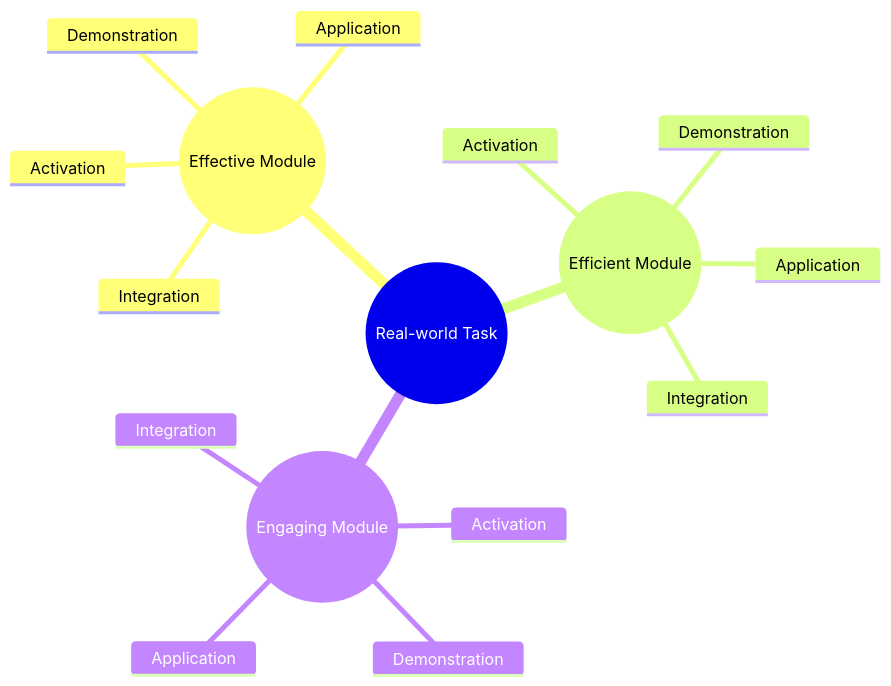
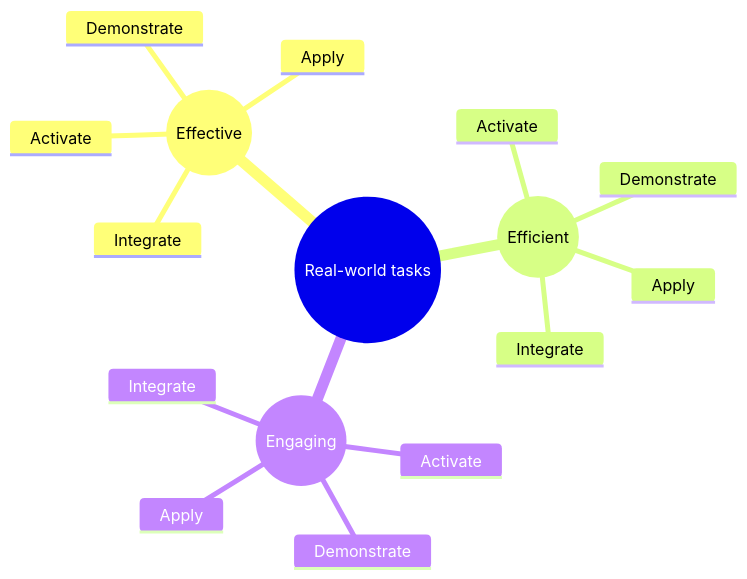
Before and after one commit to whitelunarium/pages_fork: the sixth of 6 diagrams in _posts/Foundation/A-agile_classroom/2025-08-16-agile_design_thinking.md, drawn with Mermaid. The commit also changed other lines of this file and 1 other file, not shown here.

````diff
--- a/_posts/Foundation/A-agile_classroom/2025-08-16-agile_design_thinking.md
+++ b/_posts/Foundation/A-agile_classroom/2025-08-16-agile_design_thinking.md
@@ -278,19 +333,19 @@
 ```mermaid
 mindmap
-  root((Real-world Task))
-    Module1((Effective Module))
-      Activation
-      Demonstration
-      Application
-      Integration
-    Module2((Efficient Module))
-      Activation
-      Demonstration
-      Application
-      Integration
-    Module3((Engaging Module))
-      Activation
-      Demonstration
-      Application
-      Integration
+  root((Real-world tasks))
+    Module1((Effective))
+      Activate
+      Demonstrate
+      Apply
+      Integrate
+    Module2((Efficient))
+      Activate
+      Demonstrate
+      Apply
+      Integrate
+    Module3((Engaging))
+      Activate
+      Demonstrate
+      Apply
+      Integrate
 ```
````
